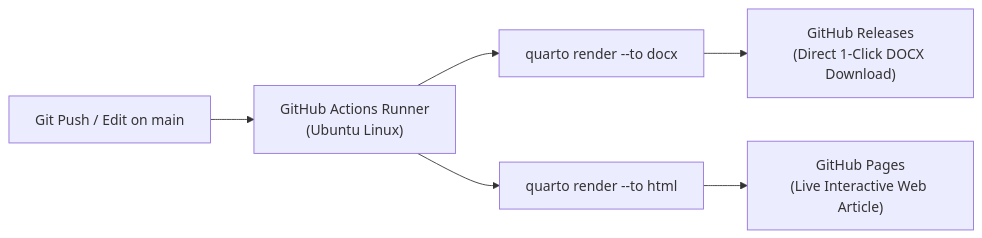
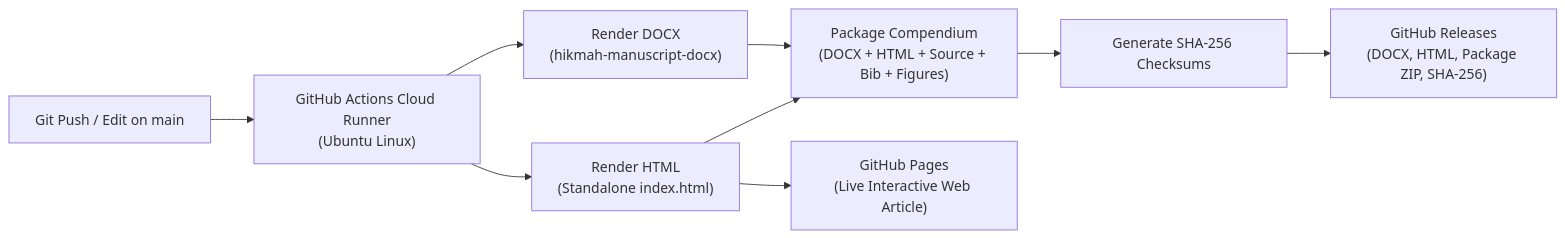
The second of 2 diagrams in README.md (ht2905/microplastic-neurotoxicity-paper), drawn with Mermaid before and after one commit. The commit also changed other lines of this file, not shown here.

Commit message:
docs: update README with replication package downloads and pipeline documentation

````diff
--- a/README.md
+++ b/README.md
@@ -96,8 +98,11 @@
 ```mermaid
 flowchart LR
-    Push["Git Push / Edit on main"] --> Runner["GitHub Actions Runner\n(Ubuntu Linux)"]
-    Runner --> QuartoWord["quarto render --to docx"]
-    Runner --> QuartoHTML["quarto render --to html"]
-    QuartoWord --> Release["GitHub Releases\n(Direct 1-Click DOCX Download)"]
+    Push["Git Push / Edit on main"] --> Runner["GitHub Actions Cloud Runner\n(Ubuntu Linux)"]
+    Runner --> QuartoWord["Render DOCX\n(hikmah-manuscript-docx)"]
+    Runner --> QuartoHTML["Render HTML\n(Standalone index.html)"]
+    QuartoWord --> Compendium["Package Compendium\n(DOCX + HTML + Source + Bib + Figures)"]
+    QuartoHTML --> Compendium
+    Compendium --> Hashes["Generate SHA-256 Checksums"]
+    Hashes --> Release["GitHub Releases\n(DOCX, HTML, Package ZIP, SHA-256)"]
     QuartoHTML --> Pages["GitHub Pages\n(Live Interactive Web Article)"]
 ```
````
